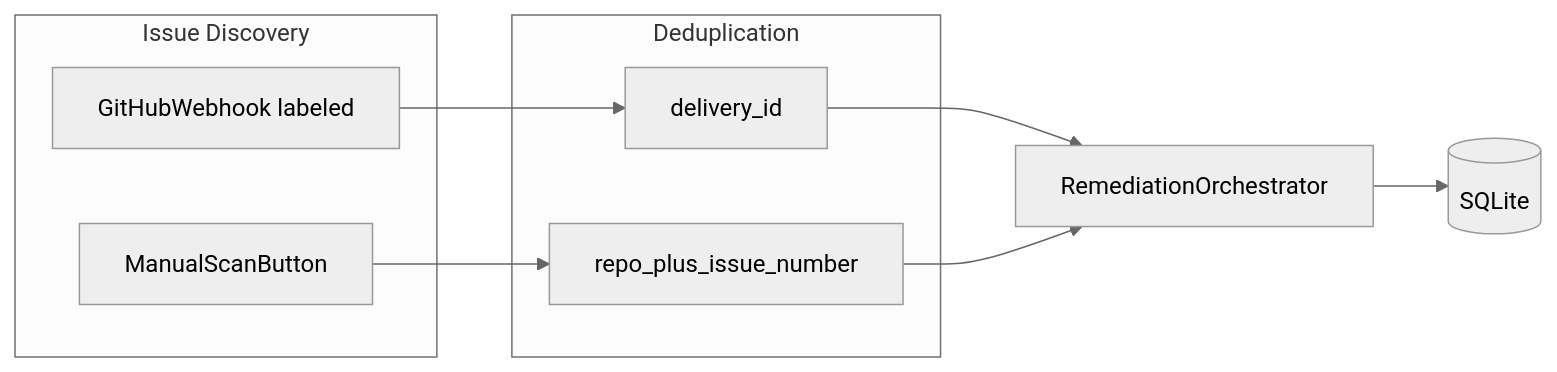
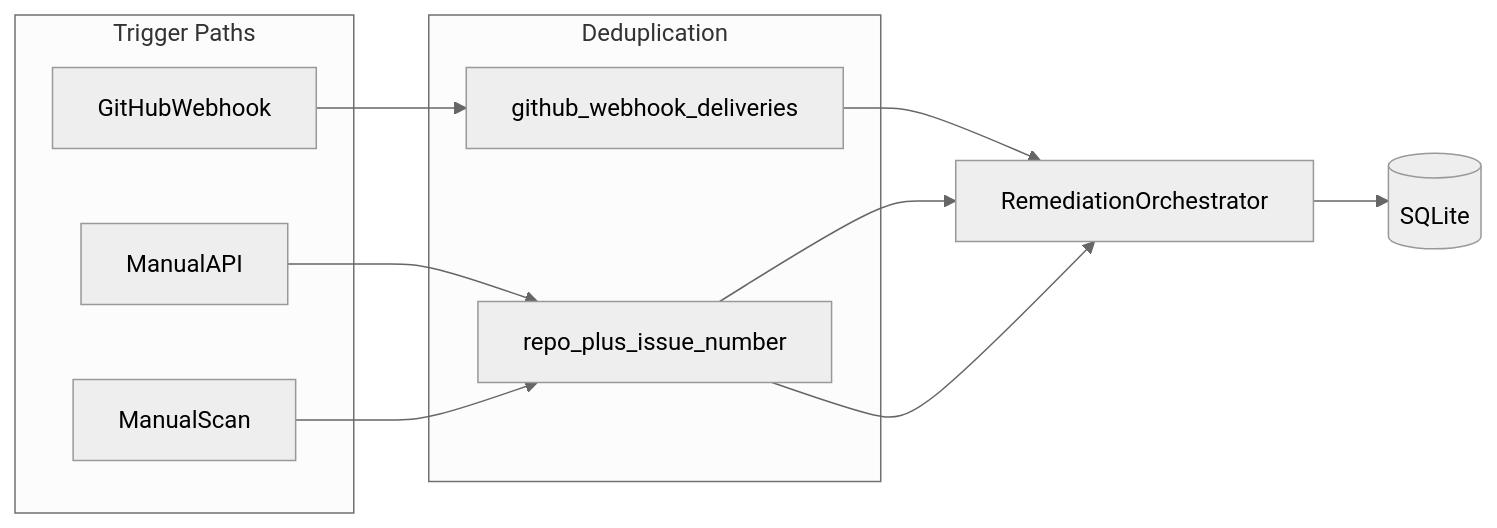
Before and after one commit to onefifteen-z/devin-remediation-orchestrator: the fifth of 5 diagrams in docs/architecture.md, drawn with Mermaid (neutral theme). The commit also changed other lines of this file and 31 other files, not shown here.

First line of the commit message:
feat: implement GitHub event-driven remediation lifecycle

````diff
--- a/docs/architecture.md
+++ b/docs/architecture.md
@@ -106,19 +148,21 @@
 ```mermaid
 flowchart LR
-  subgraph triggers [Issue Discovery]
-    WH[GitHubWebhook labeled]
-    SCAN[ManualScanButton]
+  subgraph triggers [Trigger Paths]
+    WH[GitHubWebhook]
+    API[ManualAPI]
+    SCAN[ManualScan]
   end
 
   subgraph dedup [Deduplication]
-    D1[delivery_id]
+    D1[github_webhook_deliveries]
     D2[repo_plus_issue_number]
   end
 
   ORCH[RemediationOrchestrator]
   DB[(SQLite)]
 
   WH --> D1 --> ORCH
+  API --> D2 --> ORCH
   SCAN --> D2 --> ORCH
   ORCH --> DB
 ```
````
